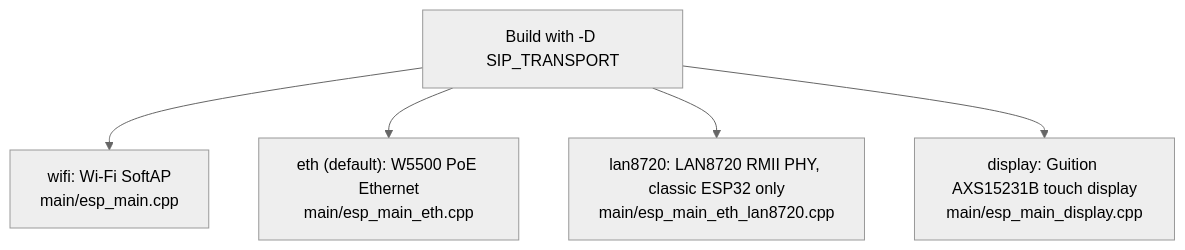
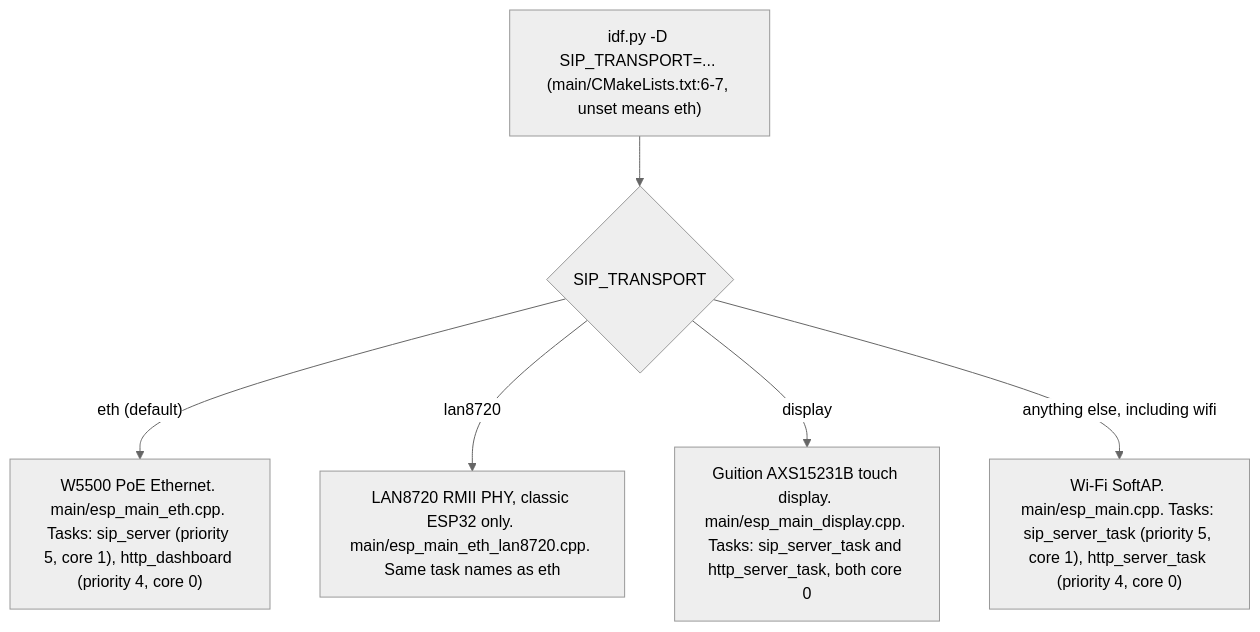
The diagram in docs/ONBOARDING.md (GlomarGadaffi/pocket-dial), drawn with Mermaid (neutral theme) before and after one commit. The commit also changed 29 other files, not shown here.

First line of the commit message:
docs: make the Mermaid diagrams exact against main (#1105)

````diff
--- a/docs/ONBOARDING.md
+++ b/docs/ONBOARDING.md
@@ -66,7 +66,8 @@
 ```mermaid
 flowchart TD
-    build["Build with -D SIP_TRANSPORT"] --> wifi["wifi: Wi-Fi SoftAP<br/>main/esp_main.cpp"]
-    build --> eth["eth (default): W5500 PoE Ethernet<br/>main/esp_main_eth.cpp"]
-    build --> lan["lan8720: LAN8720 RMII PHY, classic ESP32 only<br/>main/esp_main_eth_lan8720.cpp"]
-    build --> display["display: Guition AXS15231B touch display<br/>main/esp_main_display.cpp"]
+    build["idf.py -D SIP_TRANSPORT=... (main/CMakeLists.txt:6-7, unset means eth)"] --> sel{"SIP_TRANSPORT"}
+    sel -->|"eth (default)"| eth["W5500 PoE Ethernet. main/esp_main_eth.cpp. Tasks: sip_server (priority 5, core 1), http_dashboard (priority 4, core 0)"]
+    sel -->|"lan8720"| lan["LAN8720 RMII PHY, classic ESP32 only. main/esp_main_eth_lan8720.cpp. Same task names as eth"]
+    sel -->|"display"| disp["Guition AXS15231B touch display. main/esp_main_display.cpp. Tasks: sip_server_task and http_server_task, both core 0"]
+    sel -->|"anything else, including wifi"| wifi["Wi-Fi SoftAP. main/esp_main.cpp. Tasks: sip_server_task (priority 5, core 1), http_server_task (priority 4, core 0)"]
 ```
````
